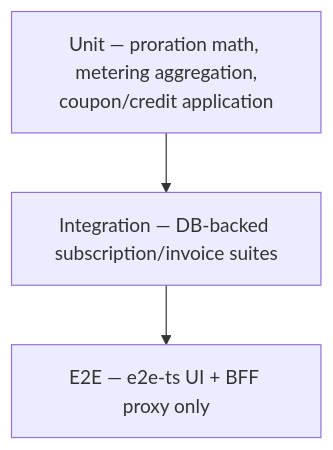
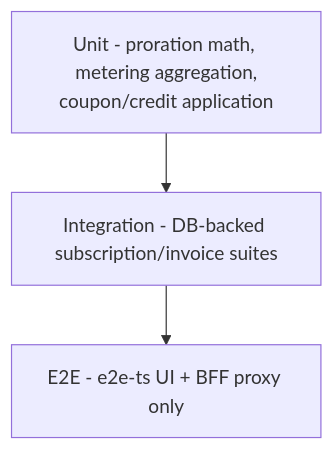
Before and after one commit to commerce8/bill8-site: the eighth of 8 diagrams in docs/products/billing/design.md, drawn with Mermaid. The commit also changed other lines of this file and 45 other files, not shown here.

````diff
--- a/docs/products/billing/design.md
+++ b/docs/products/billing/design.md
@@ -198,5 +198,5 @@
 ```mermaid
 graph TD
-    U["Unit — proration math, metering aggregation,<br/>coupon/credit application"] --> I["Integration — DB-backed subscription/invoice suites"]
-    I --> E["E2E — e2e-ts UI + BFF proxy only"]
+    U["Unit - proration math, metering aggregation,<br/>coupon/credit application"] --> I["Integration - DB-backed subscription/invoice suites"]
+    I --> E["E2E - e2e-ts UI + BFF proxy only"]
 ```
````
